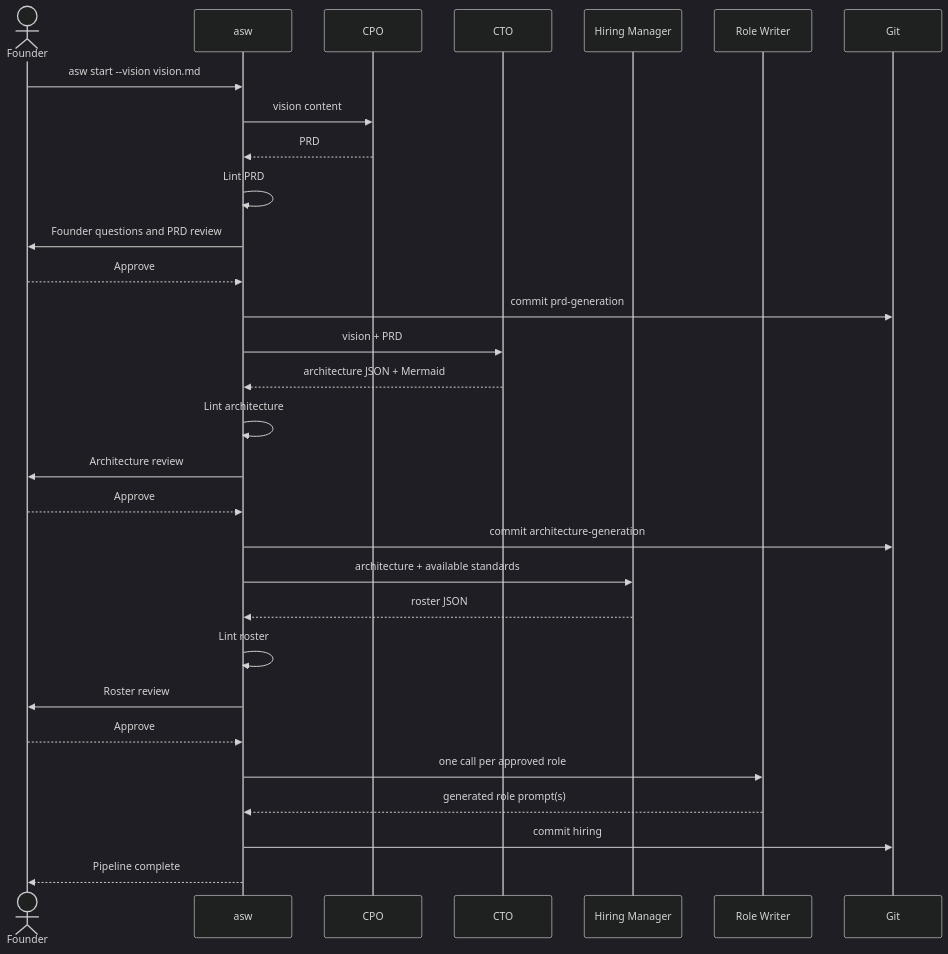
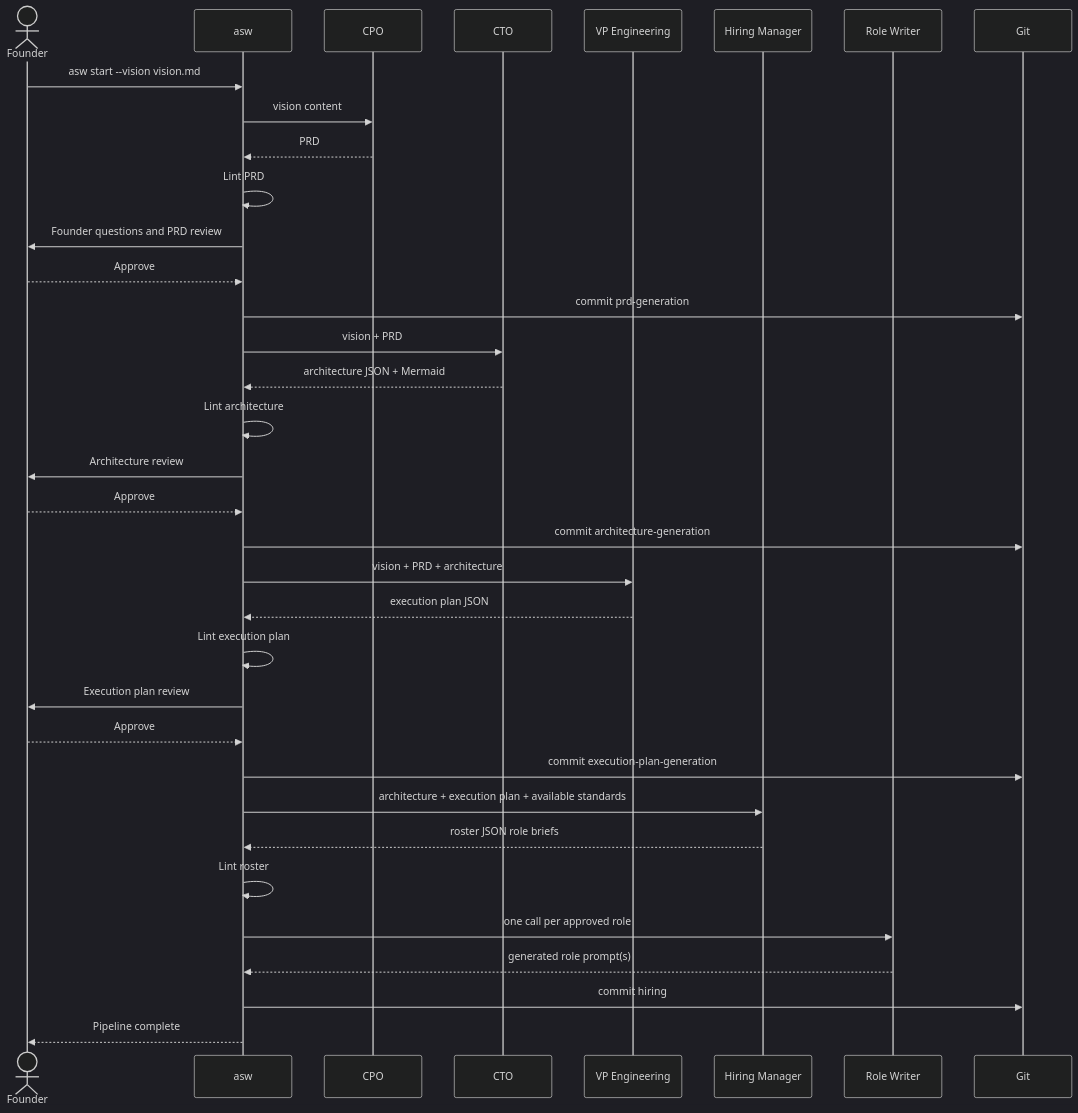
The diagram in docs/user/tutorials/first-project.md (Shapedsundew9/asw), drawn with Mermaid before and after one commit. The commit also changed other lines of this file and 19 other files, not shown here.

First line of the commit message:
feat: Introduce VP Engineering role and execution planning phase

````diff
--- a/docs/user/tutorials/first-project.md
+++ b/docs/user/tutorials/first-project.md
@@ -259,34 +272,39 @@
 ```mermaid
 %%{init: {'theme': 'dark', 'themeVariables': {'primaryColor': '#2d6a4f', 'primaryTextColor': '#d8f3dc', 'primaryBorderColor': '#52b788', 'lineColor': '#74c69d', 'secondaryColor': '#1b4332', 'tertiaryColor': '#40916c', 'edgeLabelBackground': '#1b4332'}}}%%
 sequenceDiagram
     actor Founder
     participant asw
     participant CPO
     participant CTO
+    participant VPE as VP Engineering
     participant HiringManager as Hiring Manager
     participant RoleWriter as Role Writer
     participant Git
 
     Founder->>asw: asw start --vision vision.md
     asw->>CPO: vision content
     CPO-->>asw: PRD
     asw->>asw: Lint PRD
     asw->>Founder: Founder questions and PRD review
     Founder-->>asw: Approve
     asw->>Git: commit prd-generation
     asw->>CTO: vision + PRD
     CTO-->>asw: architecture JSON + Mermaid
     asw->>asw: Lint architecture
     asw->>Founder: Architecture review
     Founder-->>asw: Approve
     asw->>Git: commit architecture-generation
-    asw->>HiringManager: architecture + available standards
-    HiringManager-->>asw: roster JSON
+    asw->>VPE: vision + PRD + architecture
+    VPE-->>asw: execution plan JSON
+    asw->>asw: Lint execution plan
+    asw->>Founder: Execution plan review
+    Founder-->>asw: Approve
+    asw->>Git: commit execution-plan-generation
+    asw->>HiringManager: architecture + execution plan + available standards
+    HiringManager-->>asw: roster JSON role briefs
     asw->>asw: Lint roster
-    asw->>Founder: Roster review
-    Founder-->>asw: Approve
     asw->>RoleWriter: one call per approved role
     RoleWriter-->>asw: generated role prompt(s)
     asw->>Git: commit hiring
     asw-->>Founder: Pipeline complete
 ```
````
